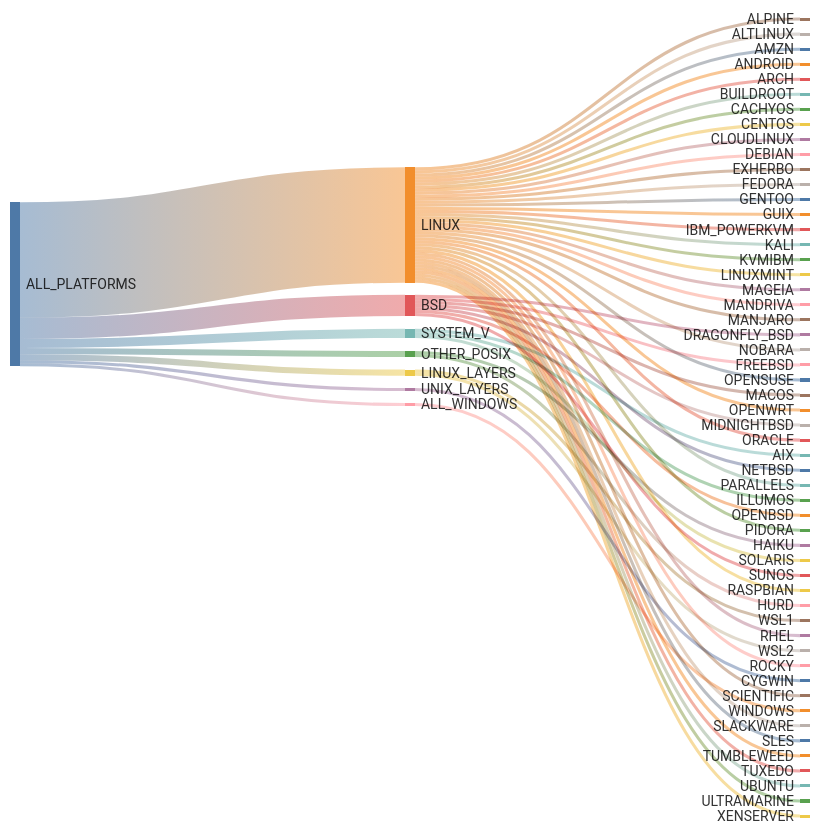
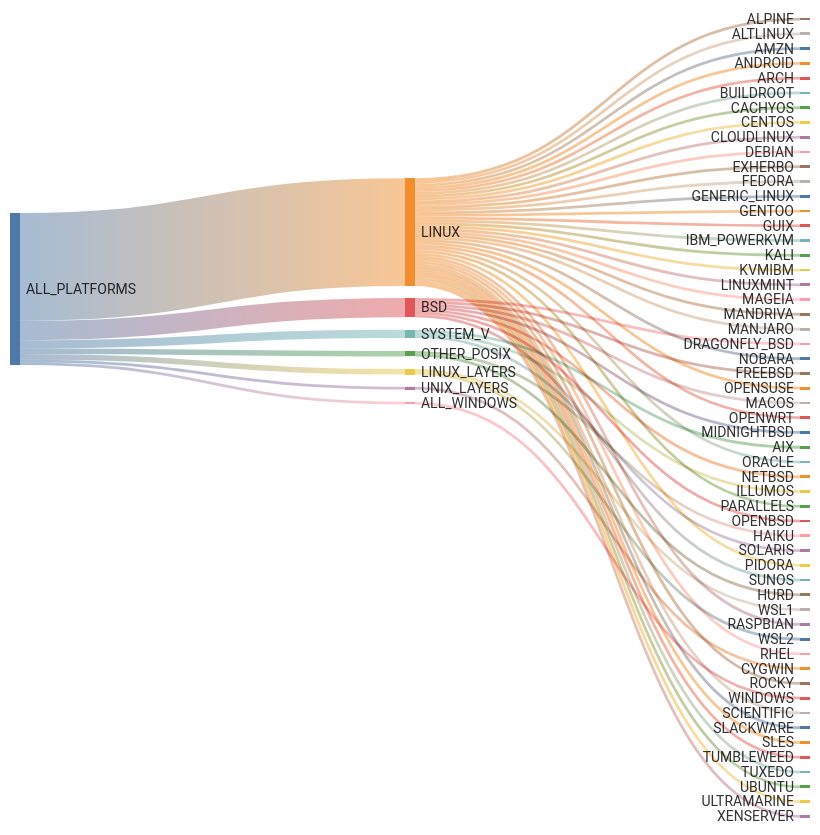
Before and after one commit to kdeldycke/extra-platforms: the first of 2 diagrams in docs/platforms.md, drawn with Mermaid. The commit also changed other lines of this file and 13 other files, not shown here.

First line of the commit message:
Add `GENERIC_LINUX` platform

````diff
--- a/docs/platforms.md
+++ b/docs/platforms.md
@@ -155,68 +156,69 @@
 ```mermaid
 ---
 config: {"sankey": {"showValues": false, "width": 800, "height": 800}}
 ---
 sankey-beta
 
-ALL_PLATFORMS,LINUX,38
+ALL_PLATFORMS,LINUX,39
 ALL_PLATFORMS,BSD,7
 ALL_PLATFORMS,SYSTEM_V,3
 ALL_PLATFORMS,OTHER_POSIX,2
 ALL_PLATFORMS,LINUX_LAYERS,2
 ALL_PLATFORMS,UNIX_LAYERS,1
 ALL_PLATFORMS,ALL_WINDOWS,1
 LINUX,ALPINE,1
 LINUX,ALTLINUX,1
 LINUX,AMZN,1
 LINUX,ANDROID,1
 LINUX,ARCH,1
 LINUX,BUILDROOT,1
 LINUX,CACHYOS,1
 LINUX,CENTOS,1
 LINUX,CLOUDLINUX,1
 LINUX,DEBIAN,1
 LINUX,EXHERBO,1
 LINUX,FEDORA,1
+LINUX,GENERIC_LINUX,1
 LINUX,GENTOO,1
 LINUX,GUIX,1
 LINUX,IBM_POWERKVM,1
 LINUX,KALI,1
 LINUX,KVMIBM,1
 LINUX,LINUXMINT,1
 LINUX,MAGEIA,1
 LINUX,MANDRIVA,1
 LINUX,MANJARO,1
 LINUX,NOBARA,1
 LINUX,OPENSUSE,1
 LINUX,OPENWRT,1
 LINUX,ORACLE,1
 LINUX,PARALLELS,1
 LINUX,PIDORA,1
 LINUX,RASPBIAN,1
 LINUX,RHEL,1
 LINUX,ROCKY,1
 LINUX,SCIENTIFIC,1
 LINUX,SLACKWARE,1
 LINUX,SLES,1
 LINUX,TUMBLEWEED,1
 LINUX,TUXEDO,1
 LINUX,UBUNTU,1
 LINUX,ULTRAMARINE,1
 LINUX,XENSERVER,1
 BSD,DRAGONFLY_BSD,1
 BSD,FREEBSD,1
 BSD,MACOS,1
 BSD,MIDNIGHTBSD,1
 BSD,NETBSD,1
 BSD,OPENBSD,1
 BSD,SUNOS,1
 SYSTEM_V,AIX,1
 SYSTEM_V,ILLUMOS,1
 SYSTEM_V,SOLARIS,1
 OTHER_POSIX,HAIKU,1
 OTHER_POSIX,HURD,1
 LINUX_LAYERS,WSL1,1
 LINUX_LAYERS,WSL2,1
 UNIX_LAYERS,CYGWIN,1
 ALL_WINDOWS,WINDOWS,1
 ```
````
